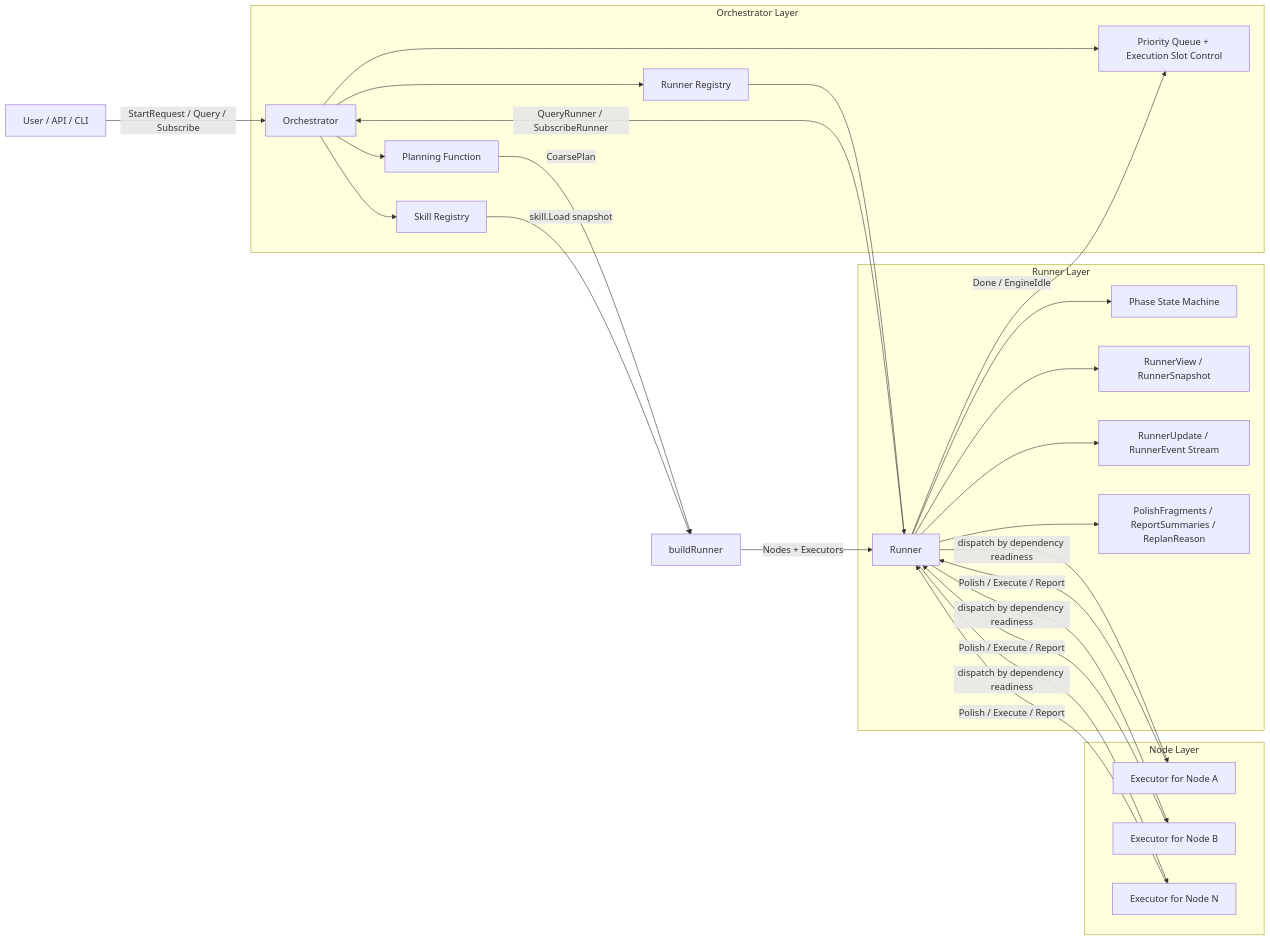
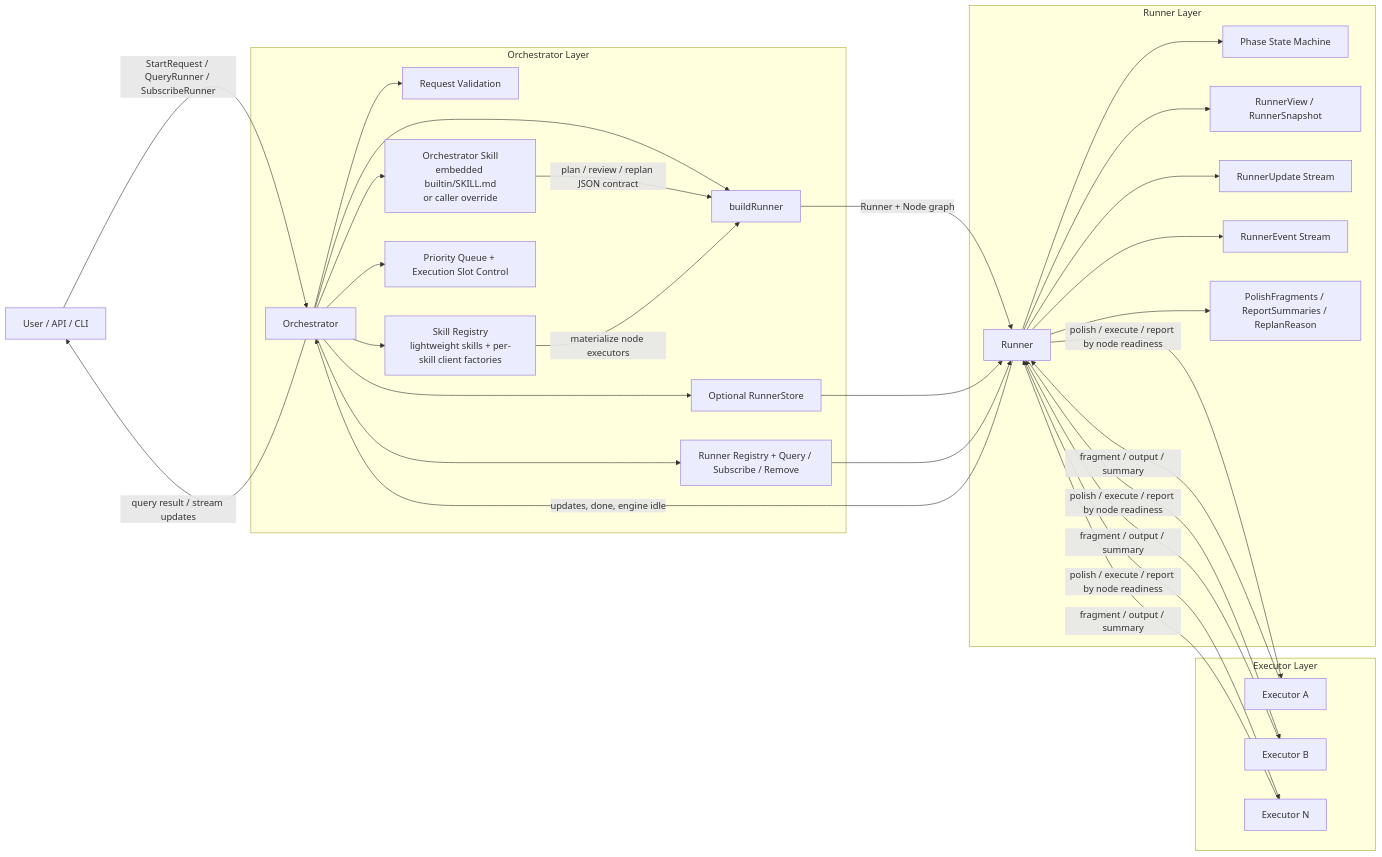
One commit to TsumiNa/dango changed the first of 2 diagrams in architecture.md. Above: the diagram before and after it, drawn with Mermaid. The commit also changed other lines of this file and 21 other files, not shown here.

````diff
--- a/architecture.md
+++ b/architecture.md
@@ -17,40 +27,45 @@
 ```mermaid
 flowchart LR
-	User[User / API / CLI] -->|StartRequest / Query / Subscribe| O[Orchestrator]
+	User[User / API / CLI] -->|StartRequest / QueryRunner / SubscribeRunner| O[Orchestrator]
 
 	subgraph Orchestrator Layer
-		O --> SK[Skill Registry]
-		O --> PF[Planning Function]
+		O --> REQ[Request Validation]
+		O --> OS[Orchestrator Skill\nembedded builtin/SKILL.md\nor caller override]
+		O --> SK[Skill Registry\nlightweight skills + per-skill client factories]
+		O --> BR[buildRunner]
 		O --> Q[Priority Queue + Execution Slot Control]
-		O --> RM[Runner Registry]
+		O --> RM[Runner Registry + Query / Subscribe / Remove]
+		O --> RS[Optional RunnerStore]
 	end
 
-	PF -->|CoarsePlan| BR[buildRunner]
-	SK -->|skill.Load snapshot| BR
-	BR -->|Nodes + Executors| R[Runner]
+	OS -->|plan / review / replan JSON contract| BR
+	SK -->|materialize node executors| BR
+	BR -->|Runner + Node graph| R[Runner]
+	RS --> R
 	RM --> R
 
 	subgraph Runner Layer
 		R --> PH[Phase State Machine]
-		R --> SNAP[RunnerView / RunnerSnapshot]
-		R --> EVT[RunnerUpdate / RunnerEvent Stream]
+		R --> VIEW[RunnerView / RunnerSnapshot]
+		R --> UPD[RunnerUpdate Stream]
+		R --> EVT[RunnerEvent Stream]
 		R --> LIFE[PolishFragments / ReportSummaries / ReplanReason]
 	end
 
-	subgraph Node Layer
-		EX1[Executor for Node A]
-		EX2[Executor for Node B]
-		EX3[Executor for Node N]
+	subgraph Executor Layer
+		EX1[Executor A]
+		EX2[Executor B]
+		EXN[Executor N]
 	end
 
-	R -->|dispatch by dependency readiness| EX1
-	R -->|dispatch by dependency readiness| EX2
-	R -->|dispatch by dependency readiness| EX3
+	R -->|polish / execute / report by node readiness| EX1
+	R -->|polish / execute / report by node readiness| EX2
+	R -->|polish / execute / report by node readiness| EXN
 
-	EX1 -->|Polish / Execute / Report| R
-	EX2 -->|Polish / Execute / Report| R
-	EX3 -->|Polish / Execute / Report| R
+	EX1 -->|fragment / output / summary| R
+	EX2 -->|fragment / output / summary| R
+	EXN -->|fragment / output / summary| R
 
-	R -->|QueryRunner / SubscribeRunner| O
-	R -->|Done / EngineIdle| Q
+	R -->|updates, done, engine idle| O
+	O -->|query result / stream updates| User
 ```
````
